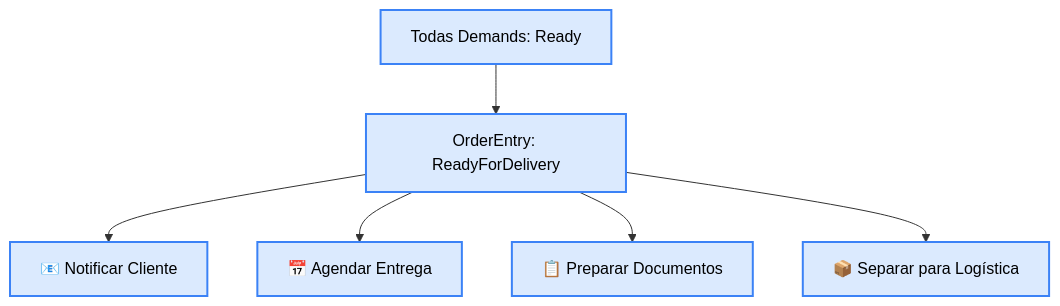
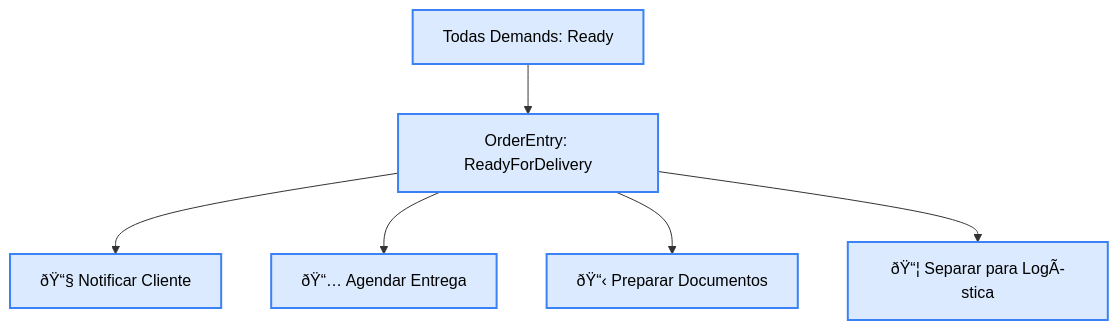
The fifth of 6 diagrams in GesN.Web/Context/DIAGRAMS/STATE-DIAGRAMS/order-lifecycle.md (igor-spalenza/GesN), drawn with Mermaid before and after one commit. The commit also changed other lines of this file and 93 other files, not shown here.

````diff
--- a/GesN.Web/Context/DIAGRAMS/STATE-DIAGRAMS/order-lifecycle.md
+++ b/GesN.Web/Context/DIAGRAMS/STATE-DIAGRAMS/order-lifecycle.md
@@ -205,11 +205,11 @@
 ```mermaid
 flowchart TD
     A[Todas Demands: Ready] --> B[OrderEntry: ReadyForDelivery]
-    B --> C[📧 Notificar Cliente]
-    B --> D[📅 Agendar Entrega]
-    B --> E[📋 Preparar Documentos]
-    B --> F[📦 Separar para Logística]
+    B --> C[ðŸ“§ Notificar Cliente]
+    B --> D[ðŸ“… Agendar Entrega]
+    B --> E[ðŸ“‹ Preparar Documentos]
+    B --> F[ðŸ“¦ Separar para LogÃ­stica]
     
     classDef readyStyle fill:#dbeafe,stroke:#3b82f6,stroke-width:2px,color:black
     class A,B,C,D,E,F readyStyle
 ```
````
